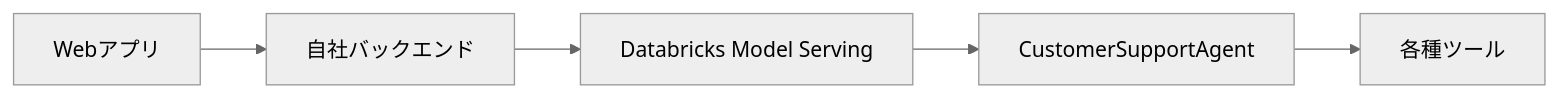
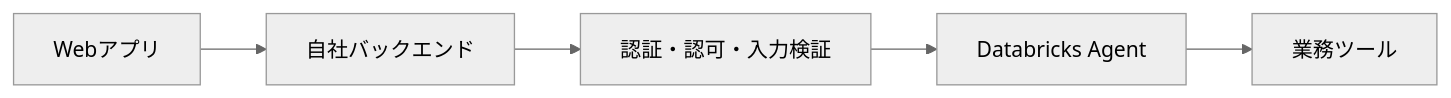
One commit to aymkbyshi/databricks-agentops-customer-support changed the sixth of 9 diagrams in articles/databricks-agentops-zenn.md. Above: the diagram before and after it, drawn with Mermaid (neutral theme). The commit also changed other lines of this file, not shown here.

Commit message:
Rewrite Zenn article with current architecture and safety guidance

````diff
--- a/articles/databricks-agentops-zenn.md
+++ b/articles/databricks-agentops-zenn.md
@@ -487,7 +526,7 @@
 ```mermaid
 flowchart LR
     A[Webアプリ] --> B[自社バックエンド]
-    B --> C[Databricks Model Serving]
-    C --> D[CustomerSupportAgent]
-    D --> E[各種ツール]
+    B --> C[認証・認可・入力検証]
+    C --> D[Databricks Agent]
+    D --> E[業務ツール]
 ```
````
